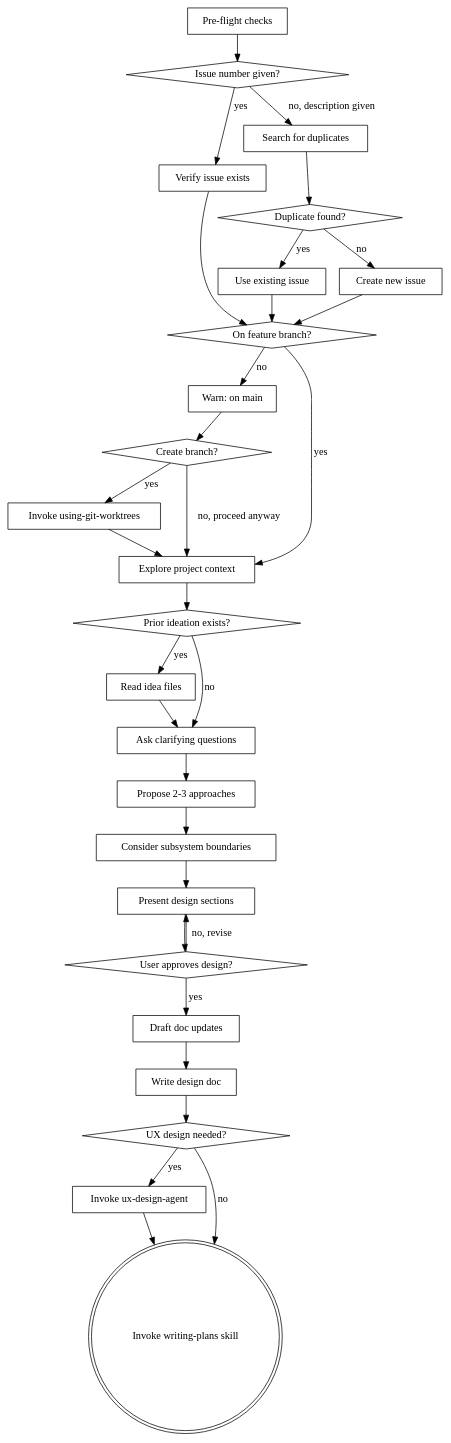
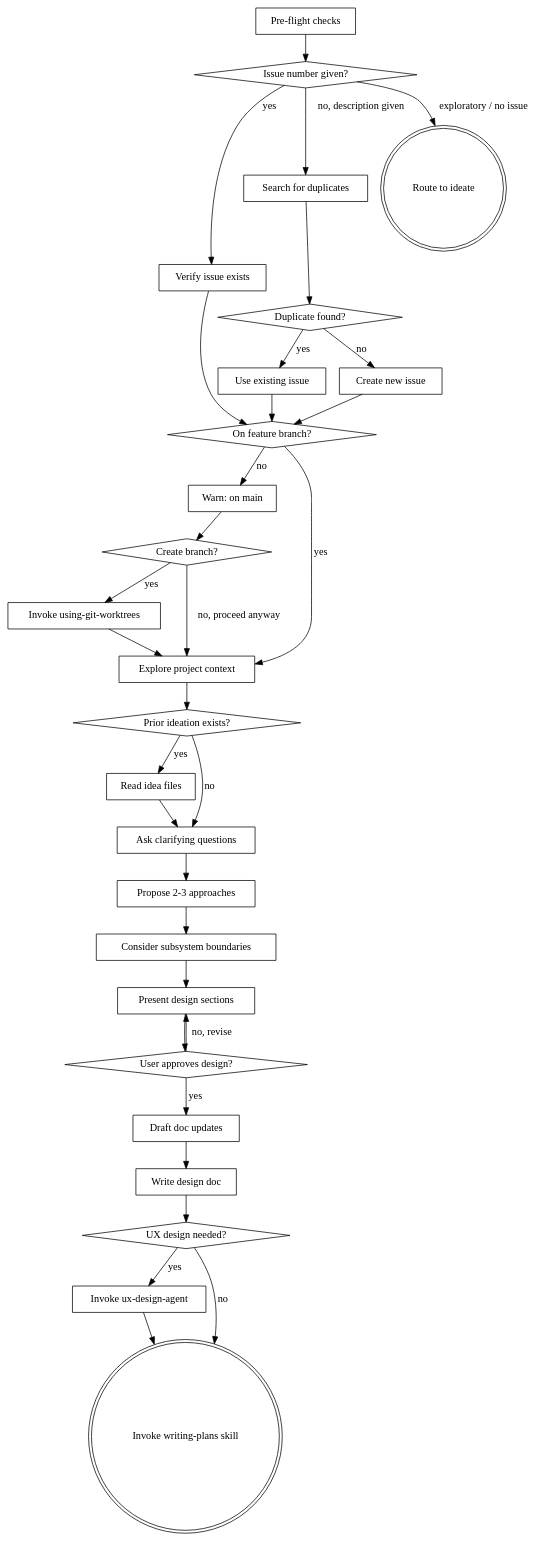
One commit to stvhay/my-claude-plugins changed the diagram in plugins/dev-workflow-toolkit/skills/brainstorming/SKILL.md. Above: the diagram before and after it, drawn with Graphviz. The commit also changed other lines of this file, not shown here.

First line of the commit message:
fix(brainstorming): restructure issue flow and fix description

````diff
--- a/plugins/dev-workflow-toolkit/skills/brainstorming/SKILL.md
+++ b/plugins/dev-workflow-toolkit/skills/brainstorming/SKILL.md
@@ -76,65 +70,67 @@
 ```dot
 digraph brainstorming {
     // Pre-flight: issue check (auto-create)
     "Pre-flight checks" [shape=box];
     "Issue number given?" [shape=diamond];
     "Verify issue exists" [shape=box];
     "Search for duplicates" [shape=box];
     "Duplicate found?" [shape=diamond];
     "Use existing issue" [shape=box];
     "Create new issue" [shape=box];
     "Pre-flight checks" -> "Issue number given?";
     "Issue number given?" -> "Verify issue exists" [label="yes"];
     "Issue number given?" -> "Search for duplicates" [label="no, description given"];
+    "Issue number given?" -> "Route to ideate" [label="exploratory / no issue"];
+    "Route to ideate" [shape=doublecircle];
     "Verify issue exists" -> "On feature branch?";
     "Search for duplicates" -> "Duplicate found?";
     "Duplicate found?" -> "Use existing issue" [label="yes"];
     "Duplicate found?" -> "Create new issue" [label="no"];
     "Use existing issue" -> "On feature branch?";
     "Create new issue" -> "On feature branch?";
 
     // Pre-flight: branch check
     "On feature branch?" [shape=diamond];
     "Warn: on main" [shape=box];
     "Create branch?" [shape=diamond];
     "Invoke using-git-worktrees" [shape=box];
     "On feature branch?" -> "Explore project context" [label="yes"];
     "On feature branch?" -> "Warn: on main" [label="no"];
     "Warn: on main" -> "Create branch?";
     "Create branch?" -> "Invoke using-git-worktrees" [label="yes"];
     "Create branch?" -> "Explore project context" [label="no, proceed anyway"];
     "Invoke using-git-worktrees" -> "Explore project context";
 
     // Discovery and design
     "Explore project context" [shape=box];
     "Prior ideation exists?" [shape=diamond];
     "Read idea files" [shape=box];
     "Ask clarifying questions" [shape=box];
     "Propose 2-3 approaches" [shape=box];
     "Consider subsystem boundaries" [shape=box];
     "Present design sections" [shape=box];
     "User approves design?" [shape=diamond];
     "Explore project context" -> "Prior ideation exists?";
     "Prior ideation exists?" -> "Read idea files" [label="yes"];
     "Prior ideation exists?" -> "Ask clarifying questions" [label="no"];
     "Read idea files" -> "Ask clarifying questions";
     "Ask clarifying questions" -> "Propose 2-3 approaches";
     "Propose 2-3 approaches" -> "Consider subsystem boundaries";
     "Consider subsystem boundaries" -> "Present design sections";
     "Present design sections" -> "User approves design?";
     "User approves design?" -> "Present design sections" [label="no, revise"];
 
     // Finalization
     "Draft doc updates" [shape=box];
     "Write design doc" [shape=box];
     "UX design needed?" [shape=diamond];
     "Invoke ux-design-agent" [shape=box];
     "Invoke writing-plans skill" [shape=doublecircle];
     "User approves design?" -> "Draft doc updates" [label="yes"];
     "Draft doc updates" -> "Write design doc";
     "Write design doc" -> "UX design needed?";
     "UX design needed?" -> "Invoke ux-design-agent" [label="yes"];
     "UX design needed?" -> "Invoke writing-plans skill" [label="no"];
     "Invoke ux-design-agent" -> "Invoke writing-plans skill";
 }
 ```
````
